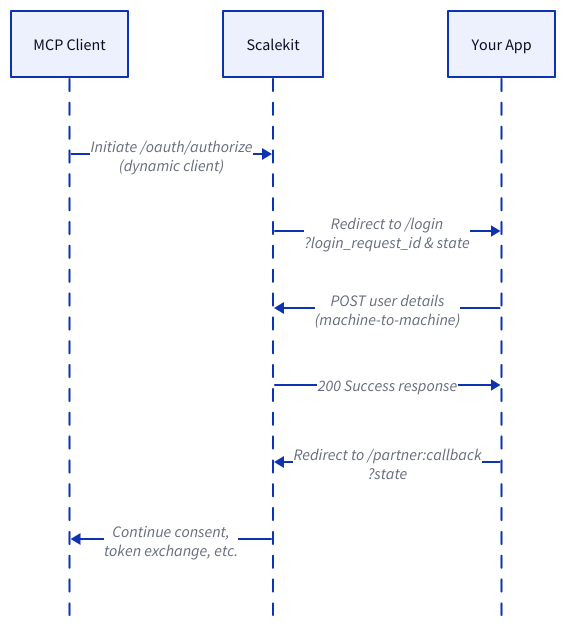
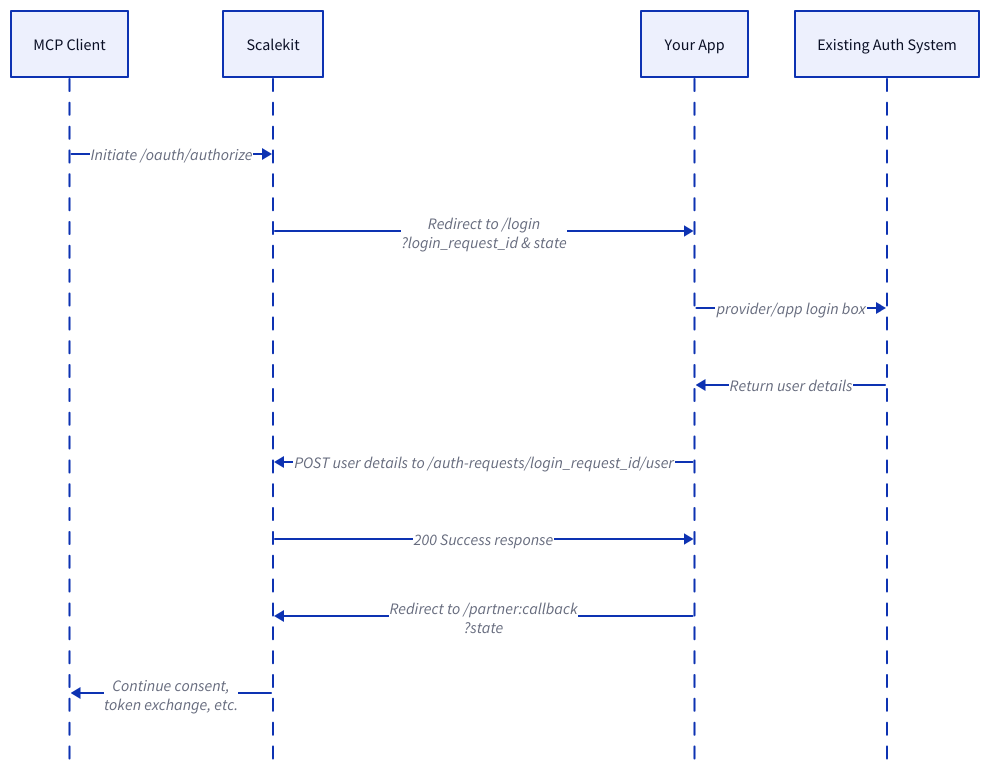
Before and after one commit to scalekit-inc/developer-docs: the diagram in src/content/docs/mcp/guides/custom-auth.mdx, drawn with D2. The commit also changed 4 other files, not shown here.

Commit message:
docs: custom auth sequence diagram

````diff
--- a/src/content/docs/mcp/guides/custom-auth.mdx
+++ b/src/content/docs/mcp/guides/custom-auth.mdx
@@ -49,15 +49,17 @@
 ```d2 pad=50
 shape: sequence_diagram
 
 "MCP Client"
 "Scalekit"
 "Your App"
 
-"MCP Client" -> "Scalekit": Initiate /oauth/authorize\n(dynamic client)
+"MCP Client" -> "Scalekit": Initiate /oauth/authorize
 "Scalekit" -> "Your App": Redirect to /login\n?login_request_id & state
-"Your App" -> "Scalekit": POST user details\n(machine-to-machine)
+"Existing Auth System" <- "Your App": provider/app login box
+"Your App" <- "Existing Auth System": Return user details
+"Your App" -> "Scalekit": POST user details to /auth-requests/login_request_id/user
 "Scalekit" -> "Your App": 200 Success response
 "Your App" -> "Scalekit": Redirect to /partner:callback\n?state
 "Scalekit" -> "MCP Client": Continue consent,\ntoken exchange, etc.
 
 ```
````
